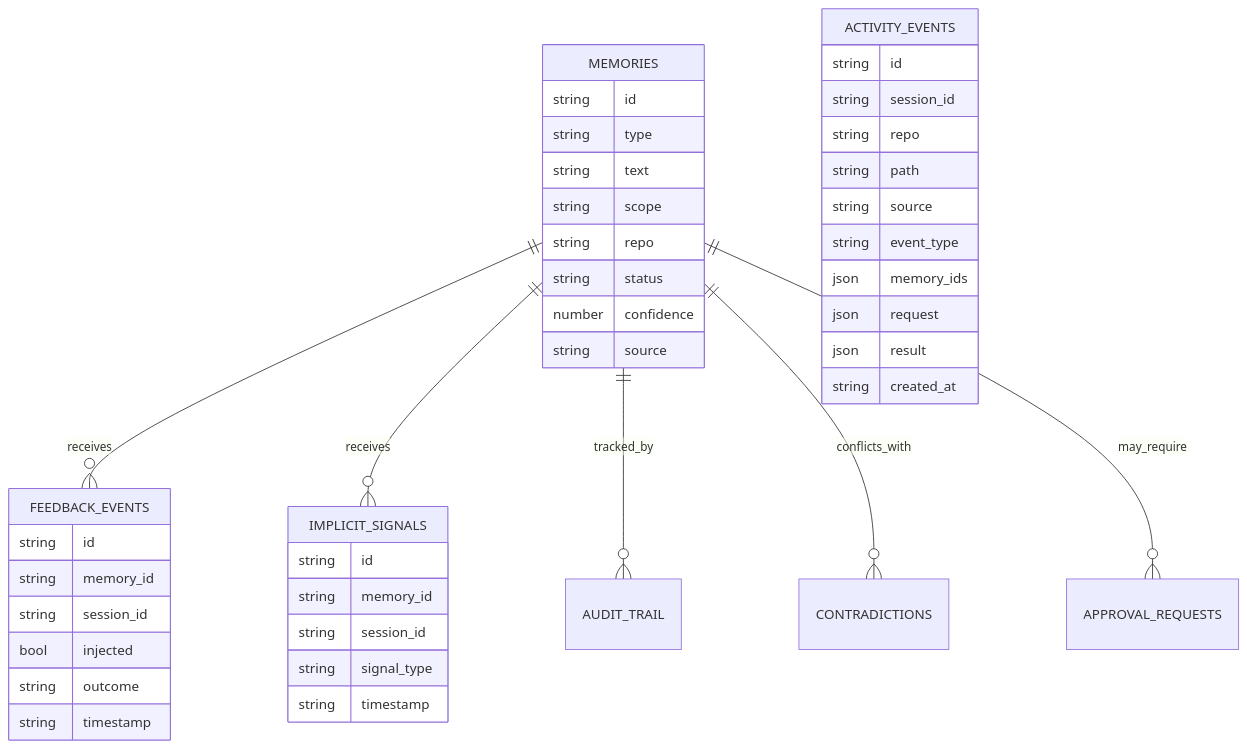
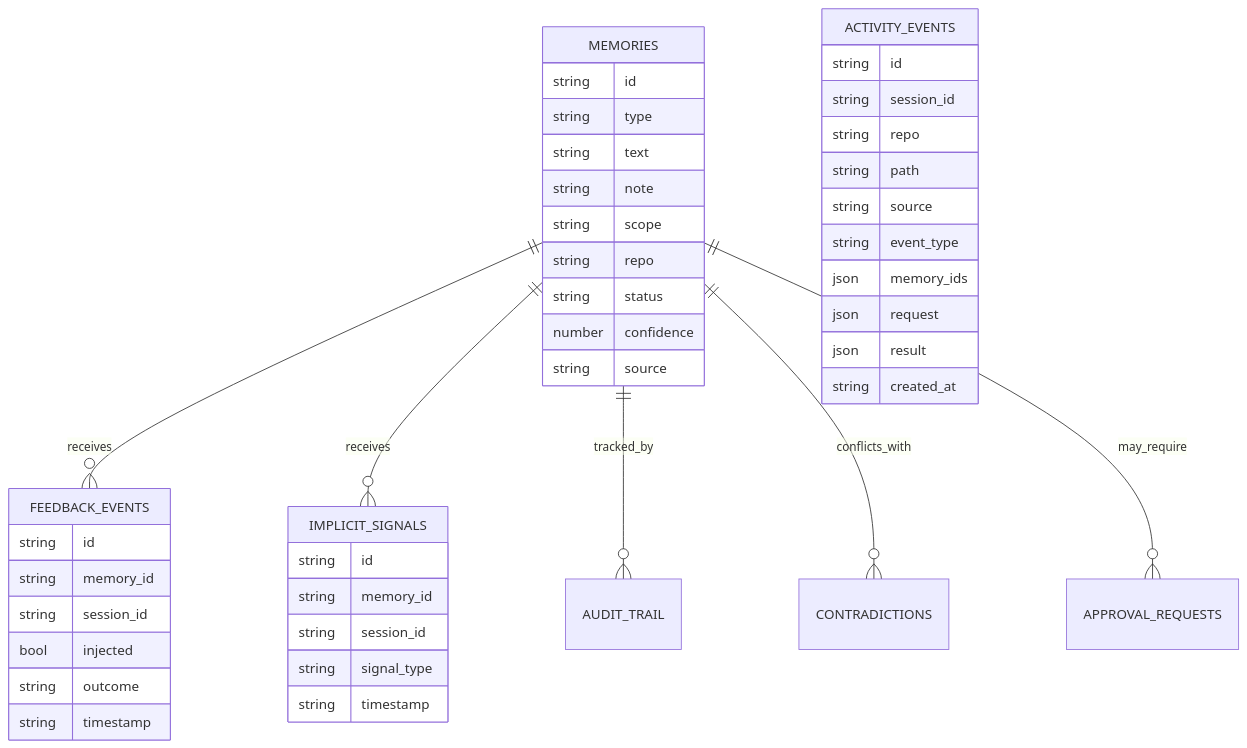
Before and after one commit to edihasaj/recall: the second of 12 diagrams in ARCHITECTURE.md, drawn with Mermaid. The commit also changed other lines of this file and 38 other files, not shown here.

````diff
--- a/ARCHITECTURE.md
+++ b/ARCHITECTURE.md
@@ -66,49 +66,50 @@
 ```mermaid
 erDiagram
     MEMORIES ||--o{ FEEDBACK_EVENTS : receives
     MEMORIES ||--o{ IMPLICIT_SIGNALS : receives
     MEMORIES ||--o{ AUDIT_TRAIL : tracked_by
     MEMORIES ||--o{ CONTRADICTIONS : conflicts_with
     MEMORIES ||--o{ APPROVAL_REQUESTS : may_require
 
     ACTIVITY_EVENTS {
       string id
       string session_id
       string repo
       string path
       string source
       string event_type
       json memory_ids
       json request
       json result
       string created_at
     }
 
     MEMORIES {
       string id
       string type
       string text
+      string note
       string scope
       string repo
       string status
       number confidence
       string source
     }
 
     FEEDBACK_EVENTS {
       string id
       string memory_id
       string session_id
       bool injected
       string outcome
       string timestamp
     }
 
     IMPLICIT_SIGNALS {
       string id
       string memory_id
       string session_id
       string signal_type
       string timestamp
     }
 ```
````
